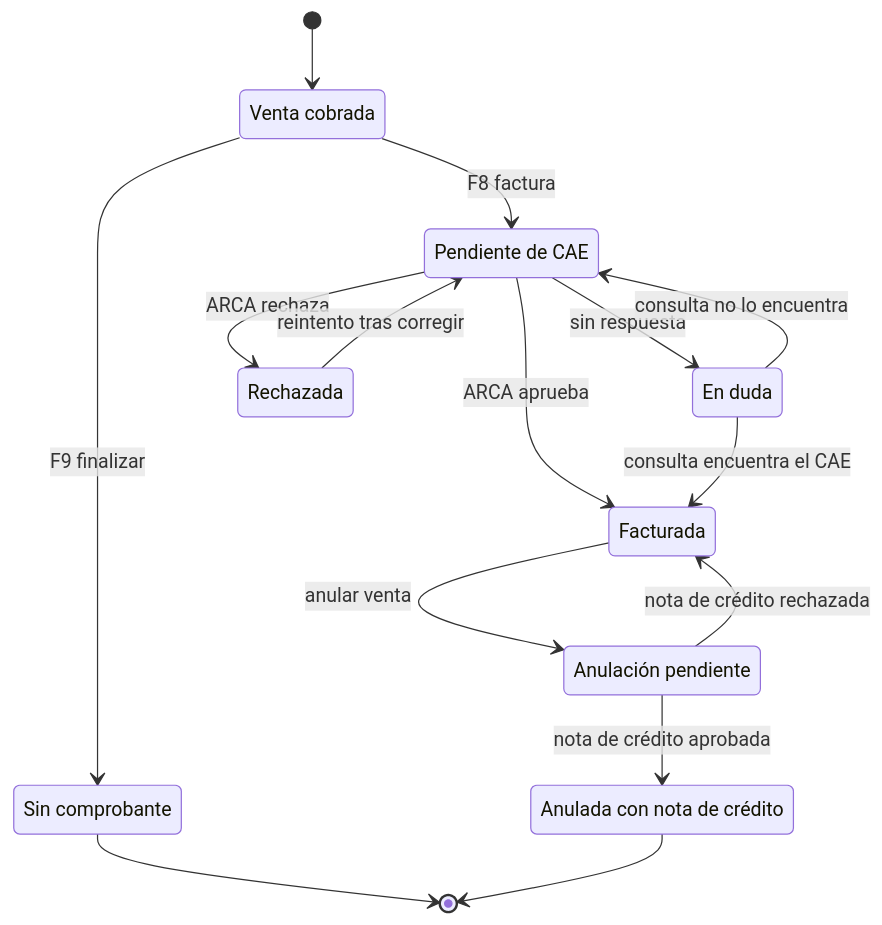
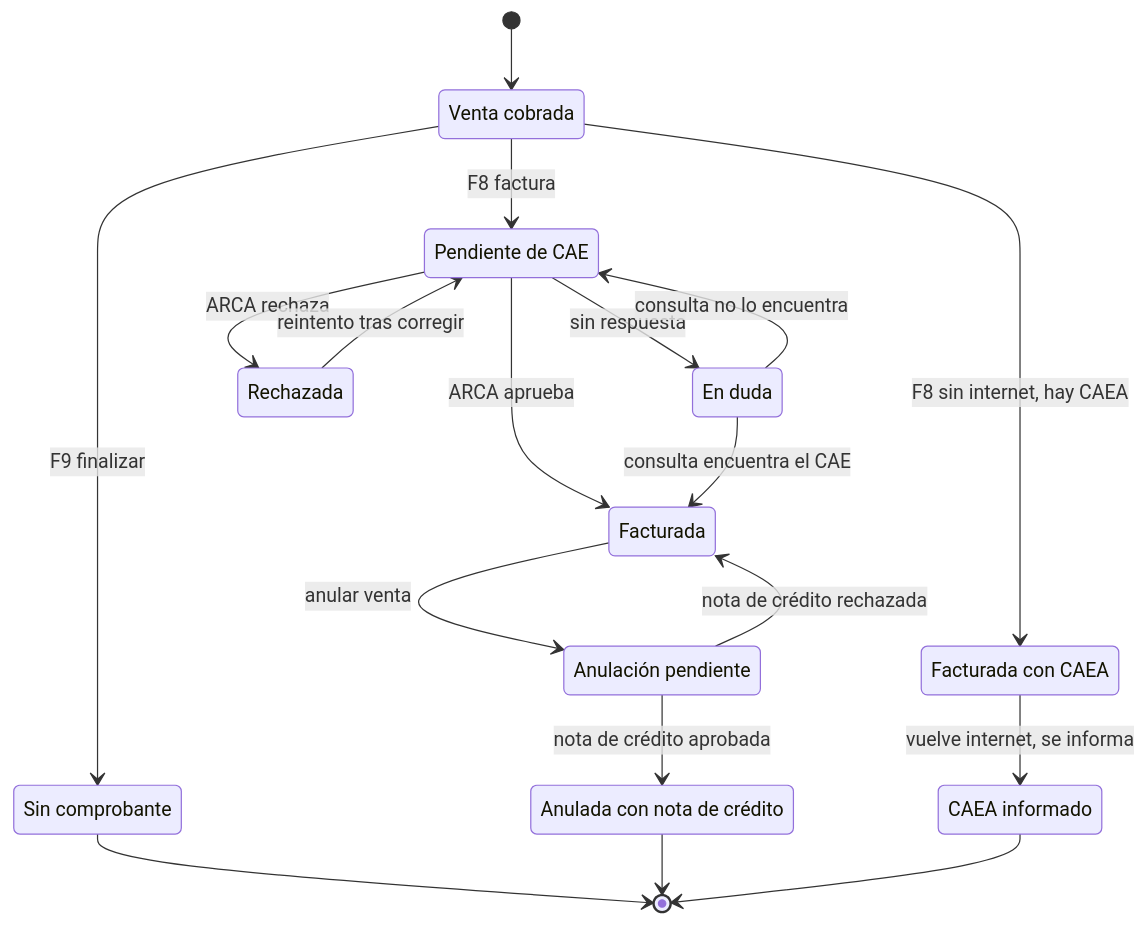
Before and after one commit to aleharo2003/floky: the first of 4 diagrams in docs/diagramas/07-estados.md, drawn with Mermaid. The commit also changed other lines of this file and 45 other files, not shown here.

````diff
--- a/docs/diagramas/07-estados.md
+++ b/docs/diagramas/07-estados.md
@@ -12,25 +12,30 @@
 ```mermaid
 stateDiagram-v2
     [*] --> Cobrada
     state "Venta cobrada" as Cobrada
     state "Pendiente de CAE" as Pendiente
     state "En duda" as Duda
     state "Facturada" as Facturada
+    state "Facturada con CAEA" as Caea
+    state "CAEA informado" as Informada
     state "Rechazada" as Rechazada
     state "Sin comprobante" as SinComp
     state "Anulación pendiente" as AnulPend
     state "Anulada con nota de crédito" as Anulada
     Cobrada --> Pendiente: F8 factura
     Cobrada --> SinComp: F9 finalizar
+    Cobrada --> Caea: F8 sin internet, hay CAEA
+    Caea --> Informada: vuelve internet, se informa
     Pendiente --> Facturada: ARCA aprueba
     Pendiente --> Rechazada: ARCA rechaza
     Pendiente --> Duda: sin respuesta
     Duda --> Facturada: consulta encuentra el CAE
     Duda --> Pendiente: consulta no lo encuentra
     Rechazada --> Pendiente: reintento tras corregir
     Facturada --> AnulPend: anular venta
     AnulPend --> Anulada: nota de crédito aprobada
     AnulPend --> Facturada: nota de crédito rechazada
     SinComp --> [*]
     Anulada --> [*]
+    Informada --> [*]
 ```
````
